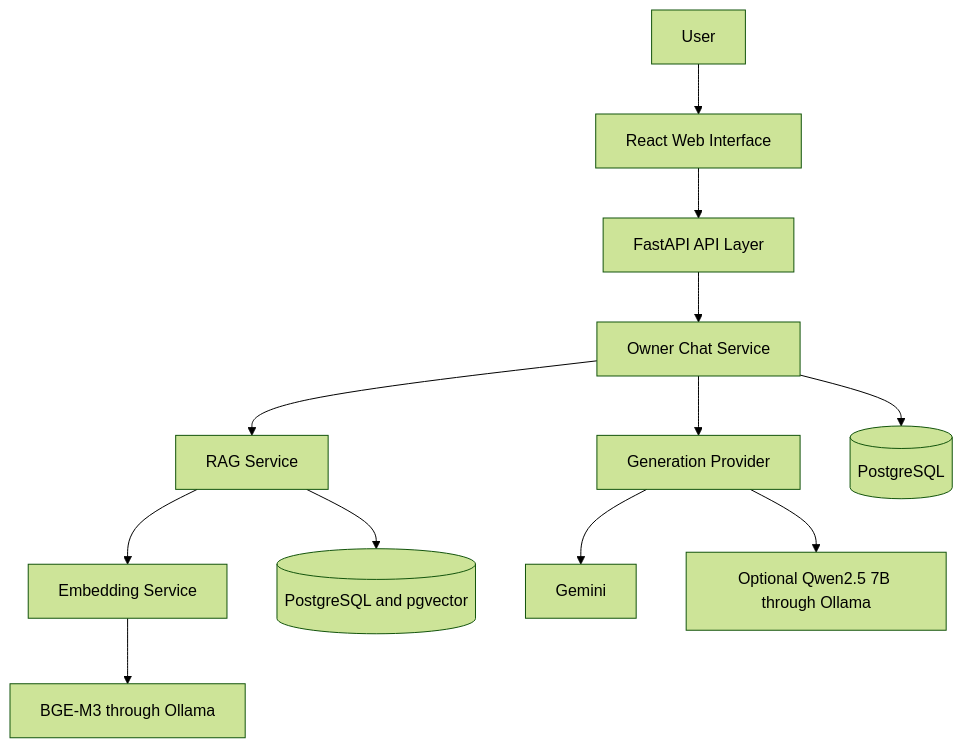
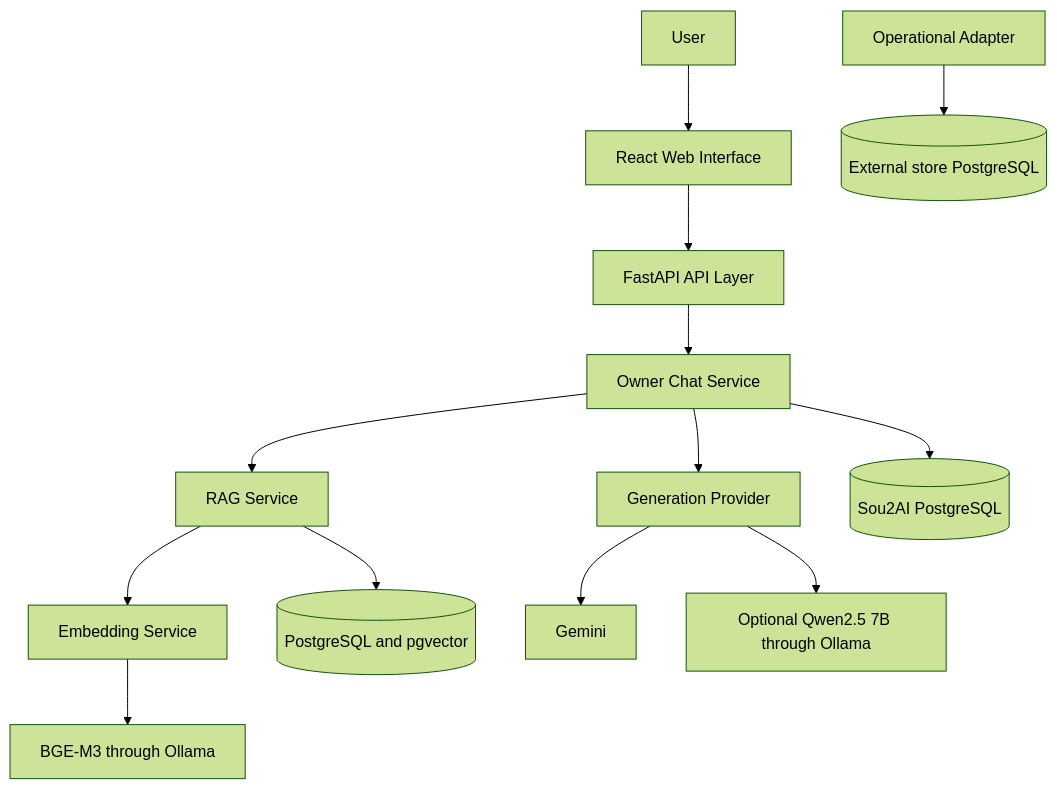
The first of 5 diagrams in ARCHITECTURE.md (mohamedwaked05/Sou2-AI), drawn with Mermaid (forest theme) before and after one commit. The commit also changed other lines of this file and 13 other files, not shown here.

````diff
--- a/ARCHITECTURE.md
+++ b/ARCHITECTURE.md
@@ -16,16 +16,17 @@
 ```mermaid
 flowchart TD
     U[User] --> UI[React Web Interface]
     UI --> API[FastAPI API Layer]
 
     API --> CHAT[Owner Chat Service]
     CHAT --> RAG[RAG Service]
     CHAT --> LLM[Generation Provider]
-    CHAT --> DB[(PostgreSQL)]
+    CHAT --> DB[(Sou2AI PostgreSQL)]
     RAG --> EMBED[Embedding Service]
     RAG --> VECTOR[(PostgreSQL and pgvector)]
+    OI[Operational Adapter] --> STORE[(External store PostgreSQL)]
 
     EMBED --> BGE[BGE-M3 through Ollama]
     LLM --> GEMINI[Gemini]
     LLM --> QWEN[Optional Qwen2.5 7B through Ollama]
 ```
````
